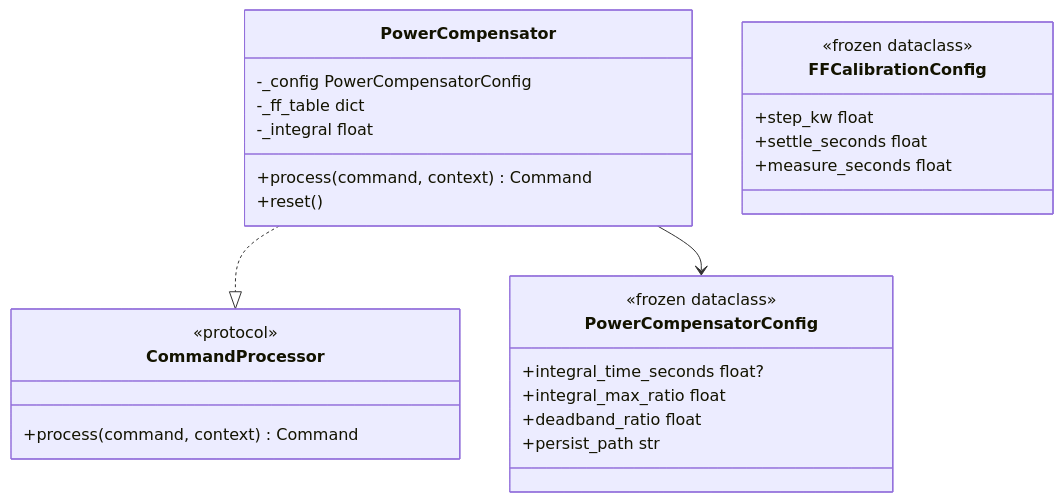
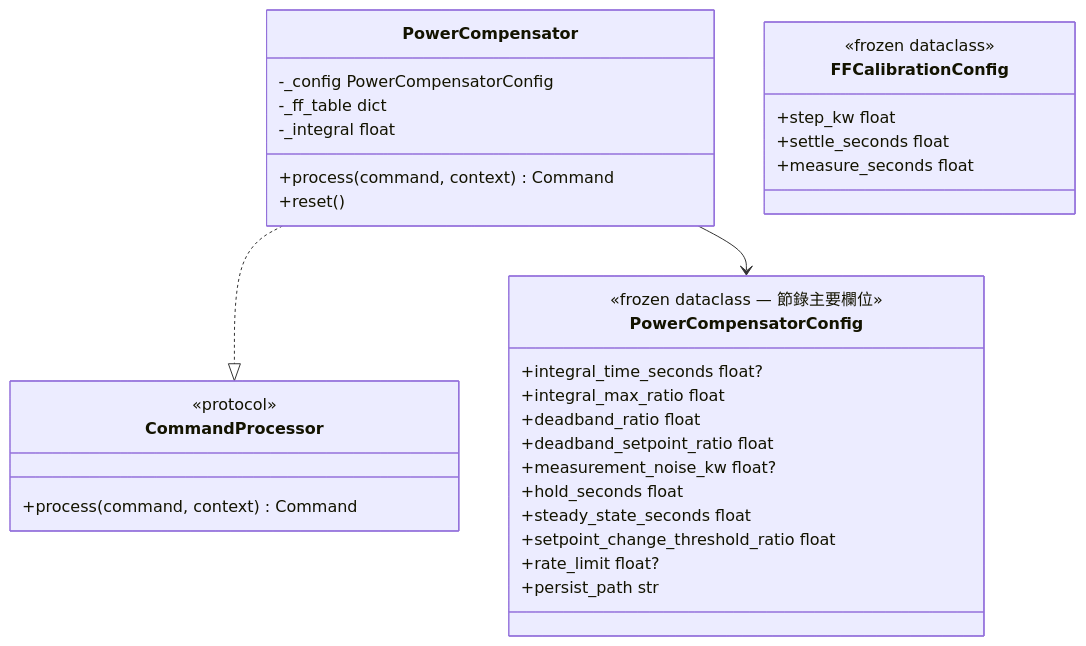
Before and after one commit to csp0924/csplib: diagram 12 of 19 in docs/14-Reference/UML Diagrams.md, drawn with Mermaid. The commit also changed 4 other files, not shown here.

````diff
--- a/docs/14-Reference/UML Diagrams.md
+++ b/docs/14-Reference/UML Diagrams.md
@@ -1408,35 +1408,41 @@
 ```mermaid
 classDiagram
     direction TB
 
     class CommandProcessor {
         <<protocol>>
         +process(command, context) Command
     }
 
     class PowerCompensator {
         -_config PowerCompensatorConfig
         -_ff_table dict
         -_integral float
         +process(command, context) Command
         +reset()
     }
 
     class PowerCompensatorConfig {
-        <<frozen dataclass>>
+        <<frozen dataclass — 節錄主要欄位>>
         +integral_time_seconds float?
         +integral_max_ratio float
         +deadband_ratio float
+        +deadband_setpoint_ratio float
+        +measurement_noise_kw float?
+        +hold_seconds float
+        +steady_state_seconds float
+        +setpoint_change_threshold_ratio float
+        +rate_limit float?
         +persist_path str
     }
 
     class FFCalibrationConfig {
         <<frozen dataclass>>
         +step_kw float
         +settle_seconds float
         +measure_seconds float
     }
 
     PowerCompensator ..|> CommandProcessor
     PowerCompensator --> PowerCompensatorConfig
 ```
````
